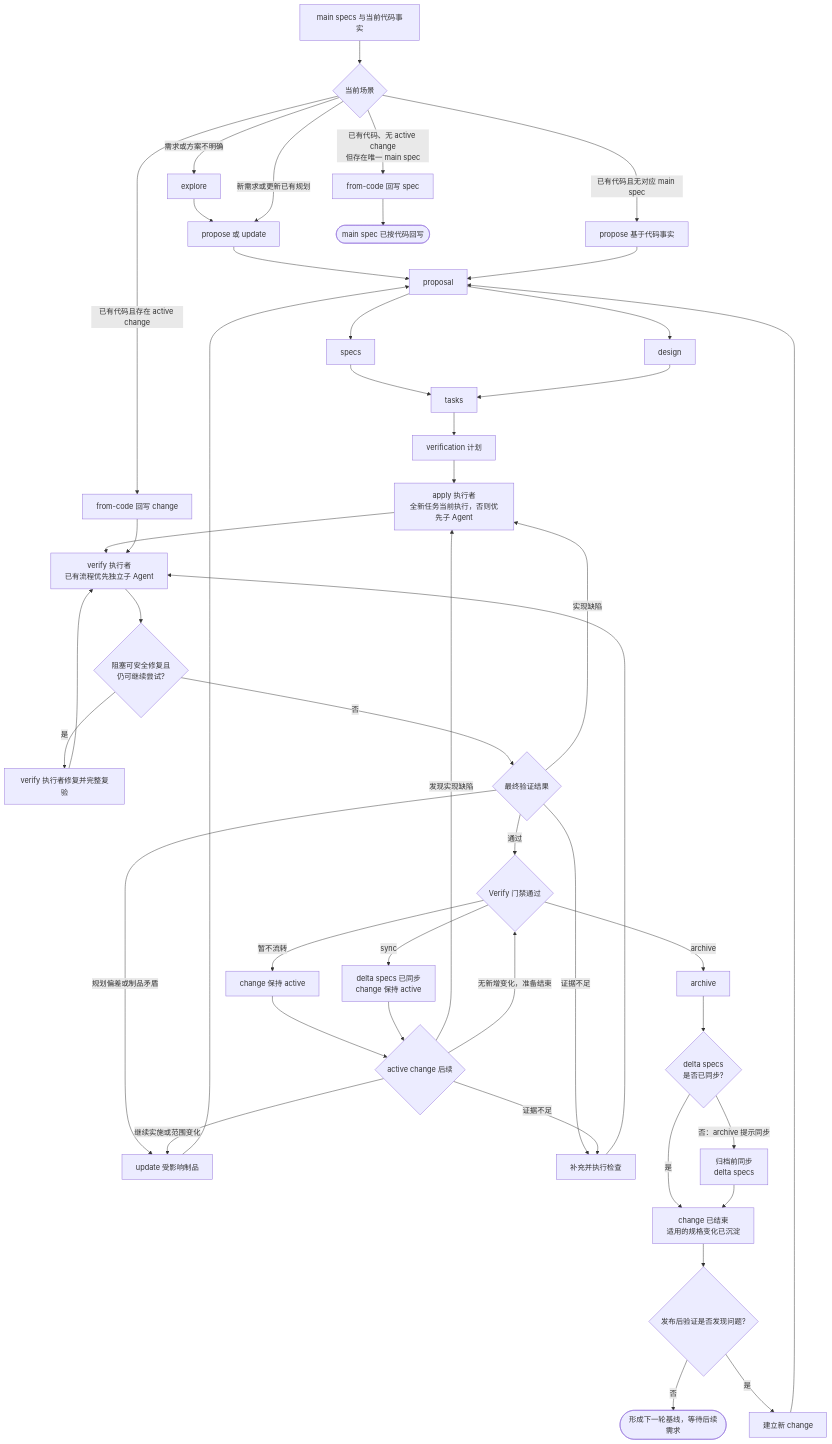
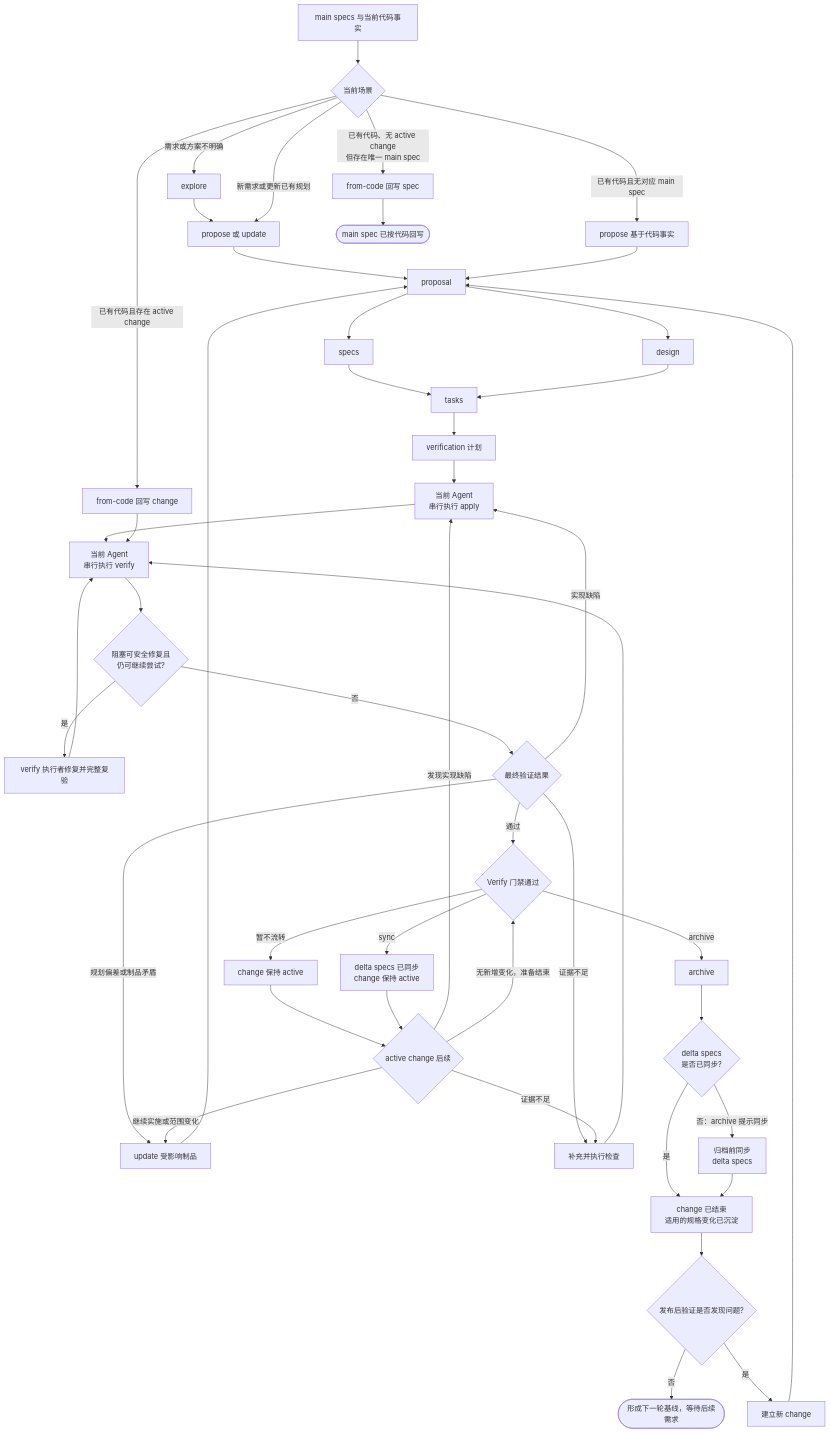
One commit to youpinyao/ai-tools changed the second of 2 diagrams in docs/ai-sdd-workflow.md. Above: the diagram before and after it, drawn with Mermaid. The commit also changed other lines of this file and 4 other files, not shown here.

````diff
--- a/docs/ai-sdd-workflow.md
+++ b/docs/ai-sdd-workflow.md
@@ -72,54 +72,54 @@
 ```mermaid
 flowchart TD
     Baseline[main specs 与当前代码事实] --> Entry{当前场景}
     Entry -->|需求或方案不明确| Explore[explore]
     Explore --> Plan[propose 或 update]
     Entry -->|新需求或更新已有规划| Plan
     Entry -->|已有代码且存在 active change| FromCodeChange[from-code 回写 change]
     Entry -->|已有代码、无 active change<br/>但存在唯一 main spec| FromCodeSpec[from-code 回写 spec]
     Entry -->|已有代码且无对应 main spec| ProposeFromCode[propose 基于代码事实]
 
     Plan --> Proposal[proposal]
     ProposeFromCode --> Proposal
     Proposal --> Specs[specs]
     Proposal --> Design[design]
     Specs --> Tasks[tasks]
     Design --> Tasks
     Tasks --> VerificationPlan[verification 计划]
-    VerificationPlan --> ApplyLoop[apply 执行者<br/>全新任务当前执行，否则优先子 Agent]
-    ApplyLoop --> VerifyLoop[verify 执行者<br/>已有流程优先独立子 Agent]
+    VerificationPlan --> ApplyLoop[当前 Agent<br/>串行执行 apply]
+    ApplyLoop --> VerifyLoop[当前 Agent<br/>串行执行 verify]
     FromCodeChange --> VerifyLoop
     FromCodeSpec --> SpecDone([main spec 已按代码回写])
     VerifyLoop --> Repairable{阻塞可安全修复且<br/>仍可继续尝试?}
     Repairable -->|是| RepairInVerify[verify 执行者修复并完整复验]
     RepairInVerify --> VerifyLoop
     Repairable -->|否| VerifyResult{最终验证结果}
 
     VerifyResult -->|实现缺陷| ApplyLoop
     VerifyResult -->|规划偏差或制品矛盾| UpdateArtifacts[update 受影响制品]
     UpdateArtifacts --> Proposal
     VerifyResult -->|证据不足| AddChecks[补充并执行检查]
     AddChecks --> VerifyLoop
 
     VerifyResult -->|通过| Gate{Verify 门禁通过}
     Gate -->|暂不流转| Active[change 保持 active]
     Gate -->|sync| Synced[delta specs 已同步<br/>change 保持 active]
     Gate -->|archive| ArchiveLoop[archive]
 
     Active --> ActiveNext{active change 后续}
     Synced --> ActiveNext
     ActiveNext -->|继续实施或范围变化| UpdateArtifacts
     ActiveNext -->|发现实现缺陷| ApplyLoop
     ActiveNext -->|证据不足| AddChecks
     ActiveNext -->|无新增变化，准备结束| Gate
 
     ArchiveLoop --> SyncCheck{delta specs<br/>是否已同步?}
     SyncCheck -->|否：archive 提示同步| ArchiveSync[归档前同步<br/>delta specs]
     SyncCheck -->|是| Closed
     ArchiveSync --> Closed
     Closed[change 已结束<br/>适用的规格变化已沉淀]
     Closed --> PostRelease{发布后验证是否发现问题?}
     PostRelease -->|否| NewBaseline([形成下一轮基线，等待后续需求])
     PostRelease -->|是| NewChange[建立新 change]
     NewChange --> Proposal
 ```
````
